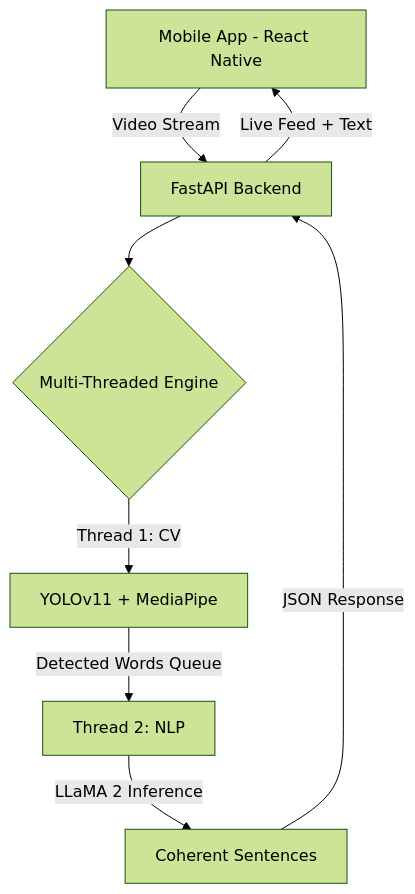
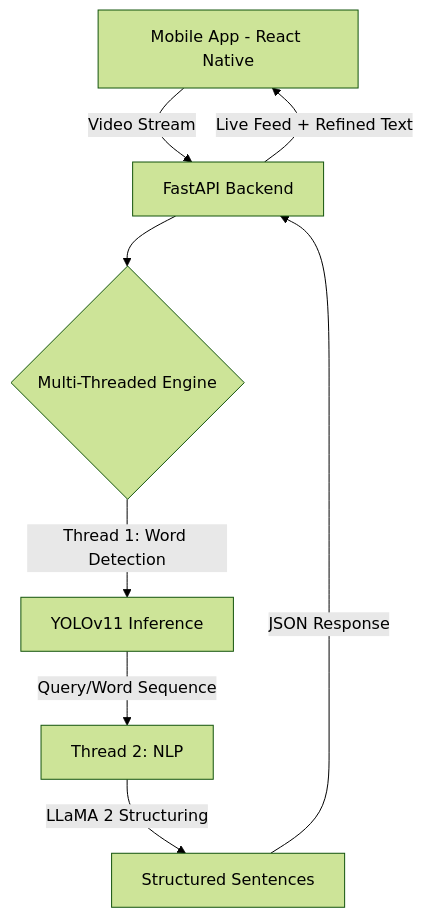
The diagram in README.md (Yahya-Kamran/Final-Year-Project), drawn with Mermaid (forest theme) before and after one commit. The commit also changed other lines of this file, not shown here.

Commit message:
📝 Refined threading logic and removed MediaPipe per user feedback

````diff
--- a/README.md
+++ b/README.md
@@ -51,10 +48,10 @@
 ```mermaid
 graph TD
     A[Mobile App - React Native] -->|Video Stream| B[FastAPI Backend]
     B --> C{Multi-Threaded Engine}
-    C -->|Thread 1: CV| D[YOLOv11 + MediaPipe]
-    D -->|Detected Words Queue| E[Thread 2: NLP]
-    E -->|LLaMA 2 Inference| F[Coherent Sentences]
+    C -->|Thread 1: Word Detection| D[YOLOv11 Inference]
+    D -->|Query/Word Sequence| E[Thread 2: NLP]
+    E -->|LLaMA 2 Structuring| F[Structured Sentences]
     F -->|JSON Response| B
-    B -->|Live Feed + Text| A
+    B -->|Live Feed + Refined Text| A
 ```
````
